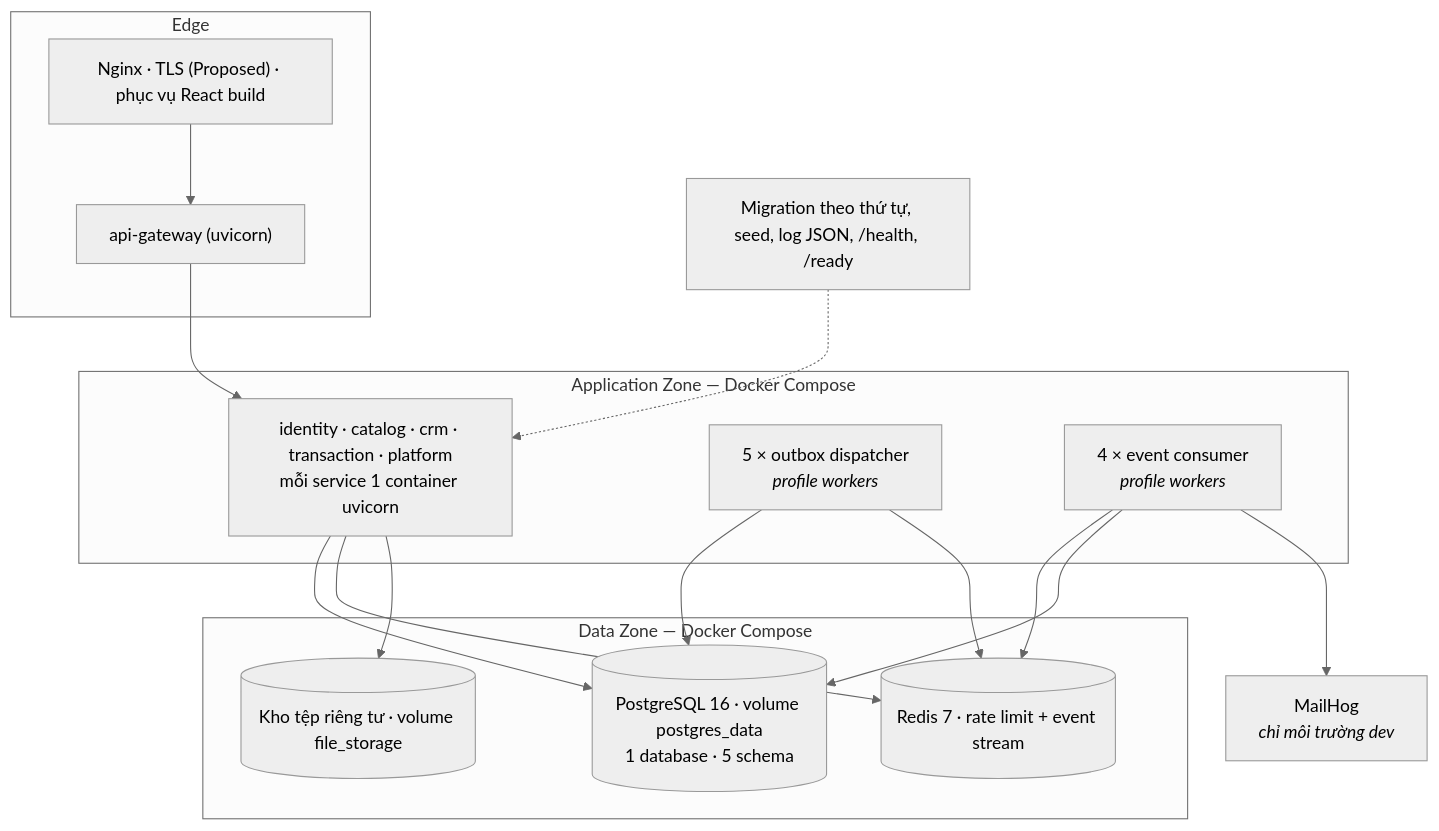
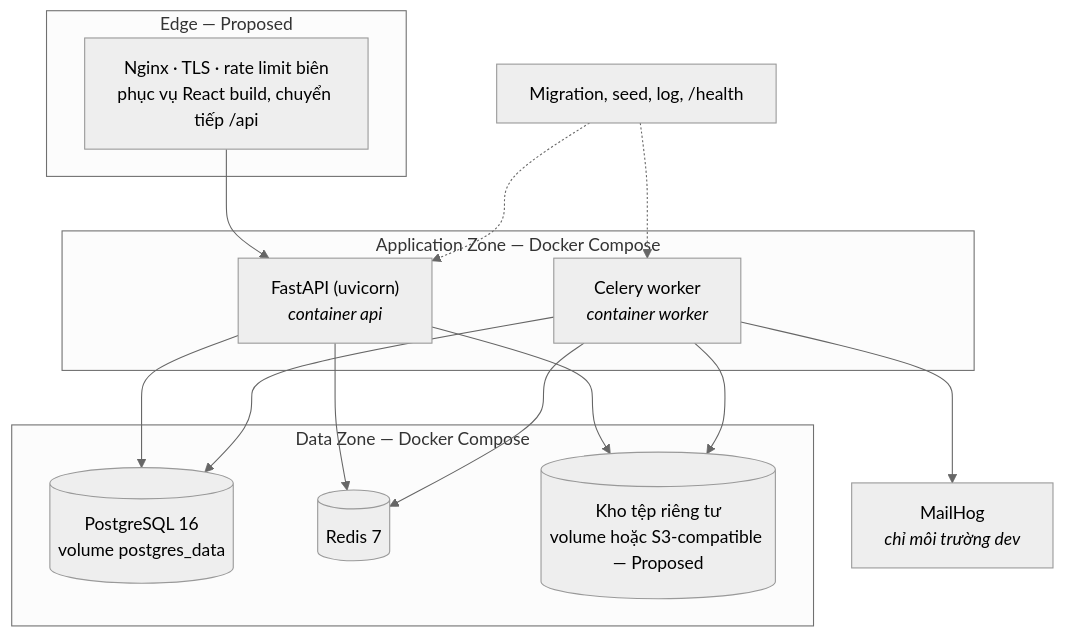
One commit to nvdat16/Real-Estate-Management changed diagram 12 of 12 in docs/ARCHITECTURE.md. Above: the diagram before and after it, drawn with Mermaid (neutral theme). The commit also changed other lines of this file, not shown here.

Commit message:
docs(architecture): update architectural diagrams and technical specifications

````diff
--- a/docs/ARCHITECTURE.md
+++ b/docs/ARCHITECTURE.md
@@ -724,34 +645,31 @@
 ```mermaid
 flowchart TB
-    subgraph edge["Edge"]
-        proxy["Nginx · TLS (Proposed) · phục vụ React build"]
-        gw["api-gateway (uvicorn)"]
+    subgraph edge["Edge — Proposed"]
+        proxy["Nginx · TLS · rate limit biên<br/>phục vụ React build, chuyển tiếp /api"]
     end
 
     subgraph app["Application Zone — Docker Compose"]
-        svc["identity · catalog · crm · transaction · platform<br/>mỗi service 1 container uvicorn"]
-        outbox["5 × outbox dispatcher<br/><i>profile workers</i>"]
-        events["4 × event consumer<br/><i>profile workers</i>"]
+        api["FastAPI (uvicorn)<br/><i>container api</i>"]
+        worker["Celery worker<br/><i>container worker</i>"]
     end
 
     subgraph data["Data Zone — Docker Compose"]
-        pg[("PostgreSQL 16 · volume postgres_data<br/>1 database · 5 schema")]
-        redis[("Redis 7 · rate limit + event stream")]
-        files[("Kho tệp riêng tư · volume file_storage")]
+        pg[("PostgreSQL 16<br/>volume postgres_data")]
+        redis[("Redis 7")]
+        files[("Kho tệp riêng tư<br/>volume hoặc S3-compatible — Proposed")]
     end
 
     dev["MailHog<br/><i>chỉ môi trường dev</i>"]
-    ops["Migration theo thứ tự, seed, log JSON, /health, /ready"]
+    ops["Migration, seed, log, /health"]
 
-    proxy --> gw
-    gw --> svc
-    svc --> pg
-    svc --> redis
-    svc --> files
-    outbox --> pg
-    outbox --> redis
-    events --> redis
-    events --> pg
-    events --> dev
-    ops -.-> svc
+    proxy --> api
+    api --> pg
+    api --> redis
+    api --> files
+    worker --> pg
+    worker --> redis
+    worker --> files
+    worker --> dev
+    ops -.-> api
+    ops -.-> worker
 ```
````
